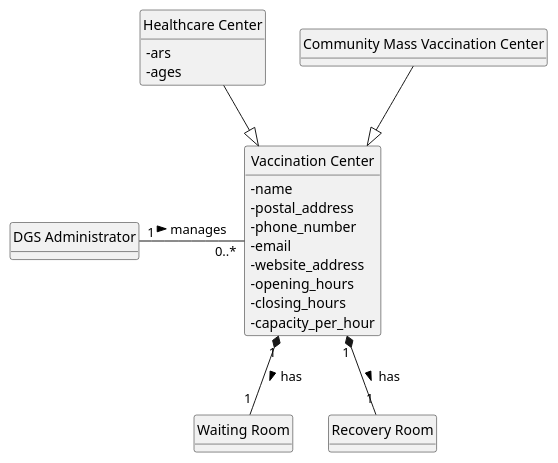
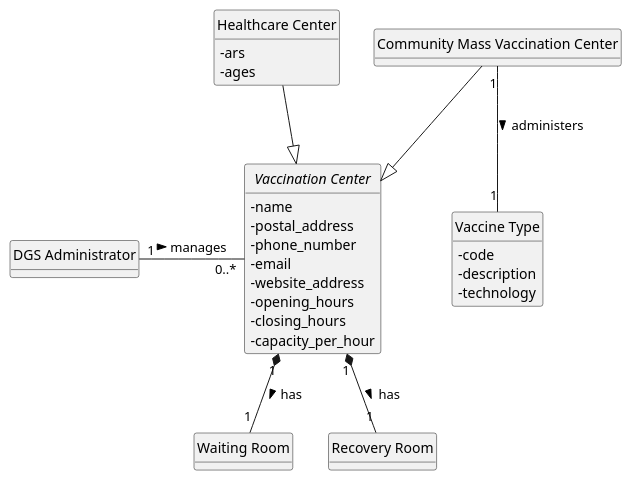
One commit to afonso51111/leti-esoft-25-26-A33 changed the diagram in project-template/docs/sprint3/US13/puml/US13-MD.puml. Above: the diagram before and after it, drawn with PlantUML. The commit also changed 61 other files, not shown here.

```diff
--- a/project-template/docs/sprint3/US13/puml/US13-MD.puml
+++ b/project-template/docs/sprint3/US13/puml/US13-MD.puml
@@ -1,41 +1,49 @@
 @startuml
 hide circle
 hide methods
 skinparam classAttributeIconSize 0
 
 class "DGS Administrator" {
 }
 
-class "Vaccination Center" {
+abstract class "Vaccination Center" {
   - name
   - postal_address
   - phone_number
   - email
   - website_address
   - opening_hours
   - closing_hours
   - capacity_per_hour
 }
 
 class "Healthcare Center" {
   - ars
   - ages
 }
 
 class "Community Mass Vaccination Center" {
 }
 
+class "Vaccine Type" {
+  - code
+  - description
+  - technology
+}
+
 class "Waiting Room" {
 }
 
 class "Recovery Room" {
 }
 
 "Healthcare Center" --|> "Vaccination Center"
 "Community Mass Vaccination Center" --|> "Vaccination Center"
 
 "DGS Administrator" "1" -right-- "0..*" "Vaccination Center": manages >
 
+"Community Mass Vaccination Center" "1" -- "1" "Vaccine Type": administers >
+
 "Vaccination Center" "1" *-- "1" "Waiting Room": has >
 "Vaccination Center" "1" *-- "1" "Recovery Room": has >
 @enduml
```
